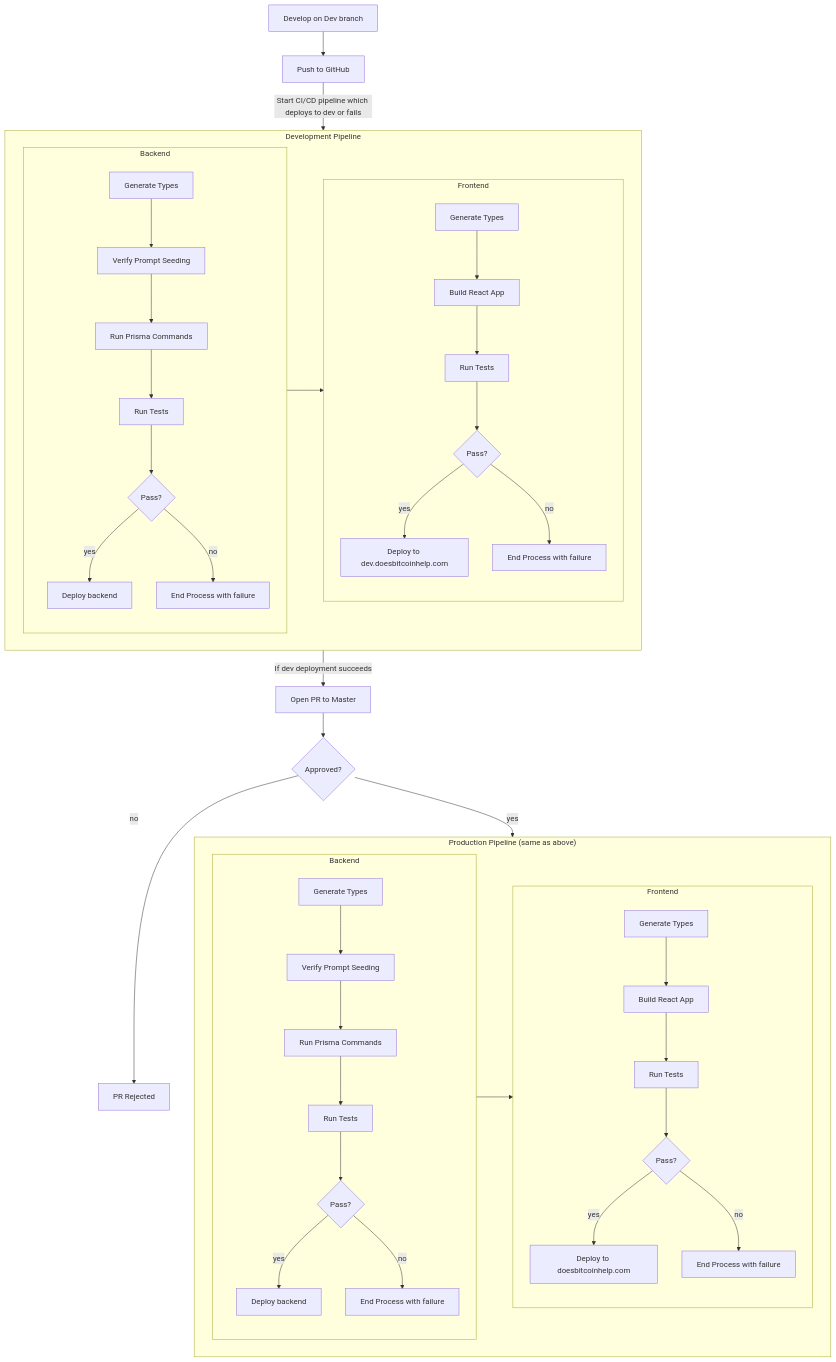
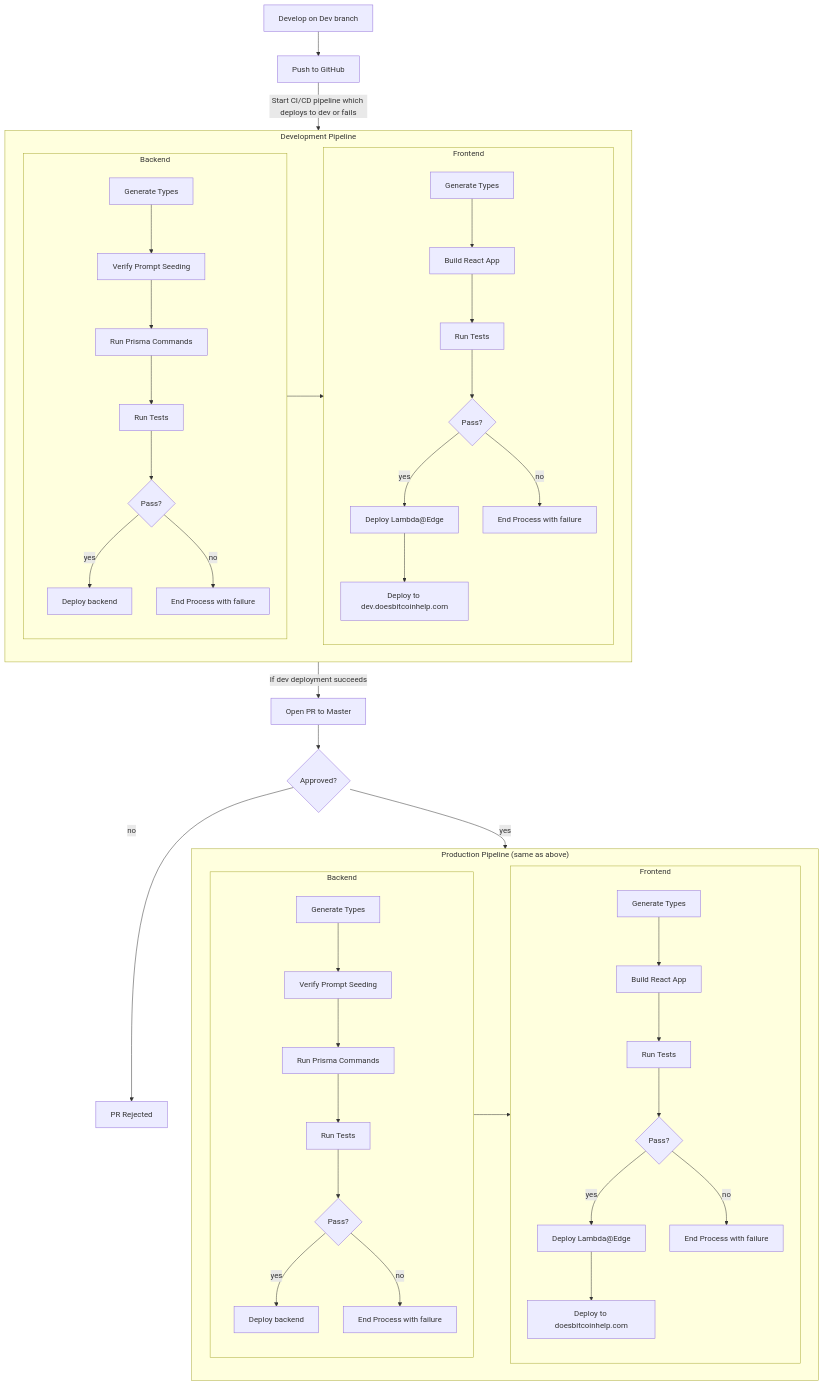
One commit to GildedPleb/bitcoin-helps changed the third of 3 diagrams in README.md. Above: the diagram before and after it, drawn with Mermaid. The commit also changed other lines of this file, not shown here.

````diff
--- a/README.md
+++ b/README.md
@@ -184,56 +187,59 @@
 ```mermaid
 flowchart TB
 
     DevCode[Develop on Dev branch] --> DevPushToGH[Push to GitHub]
     DevPushToGH -->|Start CI/CD pipeline which deploys to dev or fails| devCICD
 
     subgraph devCICD["Development Pipeline"]
       direction LR
       subgraph devBackend["Backend"]
         DevTypeGen[Generate Types]
         DevTypeGen --> SeedVerify["Verify Prompt Seeding"]
         SeedVerify --> DevPrismaCmd[Run Prisma Commands]
         DevPrismaCmd --> DevTests[Run Tests]
         DevTests --> DeployToDev{Pass?}
         DeployToDev -- yes --> DeployDev["Deploy backend"]
         DeployToDev -- no --> EndDev["End Process with failure"]
       end
       subgraph devFrontend["Frontend"]
         DevBuild[Generate Types]
         DevBuild --> DevBuildReact["Build React App"]
         DevBuildReact --> DevFrontEndTests[Run Tests]
         DevFrontEndTests --> DeployFEToDev{Pass?}
-        DeployFEToDev -- yes --> DeployFEDev["Deploy to dev.doesbitcoinhelp.com"]
+        DeployFEToDev -- yes --> DeployFELambda["Deploy Lambda@Edge"]
+        DeployFELambda --> DeployFEDev["Deploy to dev.doesbitcoinhelp.com"]
         DeployFEToDev -- no --> EndFEDev["End Process with failure"]
       end
       devBackend --> devFrontend
     end
 
     devCICD -->|If dev deployment succeeds| ProdPR[Open PR to Master]
     ProdPR --> ProdApproval{Approved?}
     ProdApproval -- yes --> ProdMerge[Merge PR]
     ProdApproval -- no --> EndMasterDeploy["PR Rejected"]
 
     subgraph ProdMerge["Production Pipeline (same as above)"]
       direction LR
       subgraph prodBackend["Backend"]
         ProdTypeGen[Generate Types]
         ProdTypeGen --> ProdSeedVerify["Verify Prompt Seeding"]
         ProdSeedVerify --> ProdPrismaCmd[Run Prisma Commands]
         ProdPrismaCmd --> ProdTests[Run Tests]
         ProdTests --> DeployToProd{Pass?}
         DeployToProd -- yes --> DeployProd["Deploy backend"]
         DeployToProd -- no --> EndProd["End Process with failure"]
       end
       subgraph prodFrontend["Frontend"]
         ProdBuild[Generate Types]
         ProdBuild --> ProdBuildReact["Build React App"]
         ProdBuildReact --> ProdFrontEndTests[Run Tests]
         ProdFrontEndTests --> DeployFEToProd{Pass?}
-        DeployFEToProd -- yes --> DeployFEProd["Deploy to doesbitcoinhelp.com"]
+        DeployFEToProd -- yes --> DeployFELambdaProd["Deploy Lambda@Edge"]
+        DeployFELambdaProd --> DeployFEProd["Deploy to doesbitcoinhelp.com"]
         DeployFEToProd -- no --> EndFEProd["End Process with failure"]
+
       end
       prodBackend --> prodFrontend
     end
 
 ```
````
